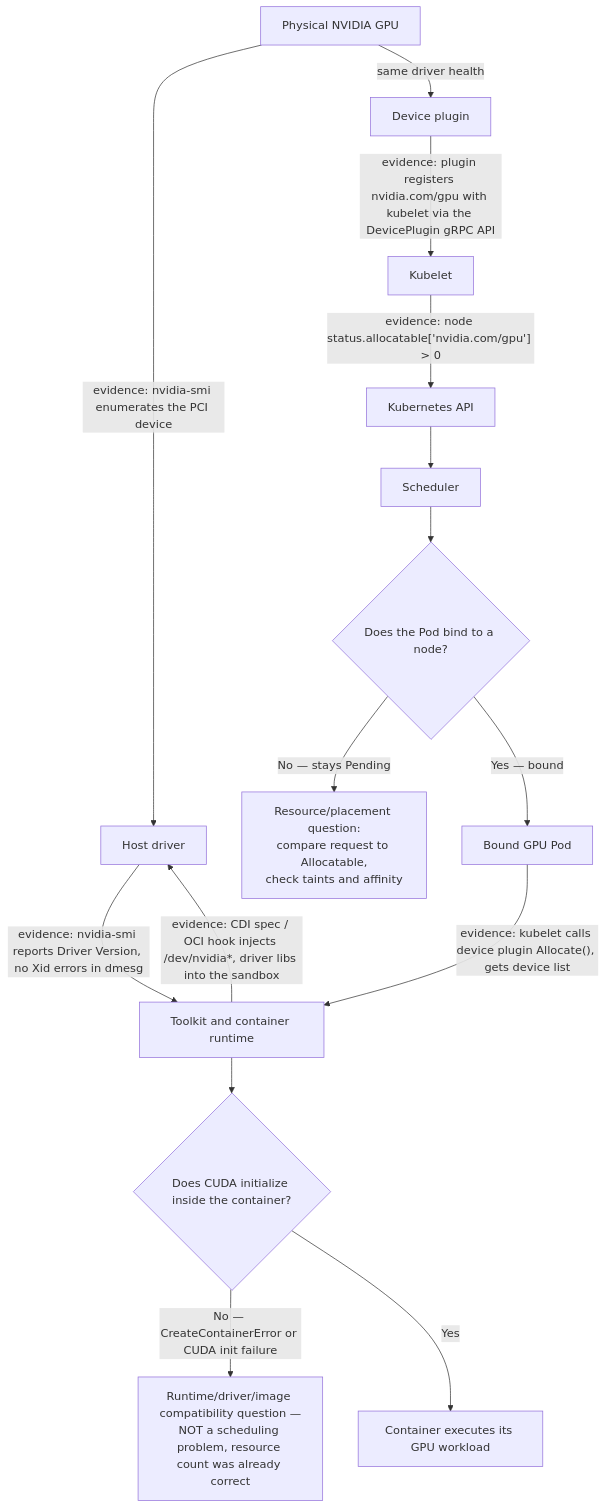
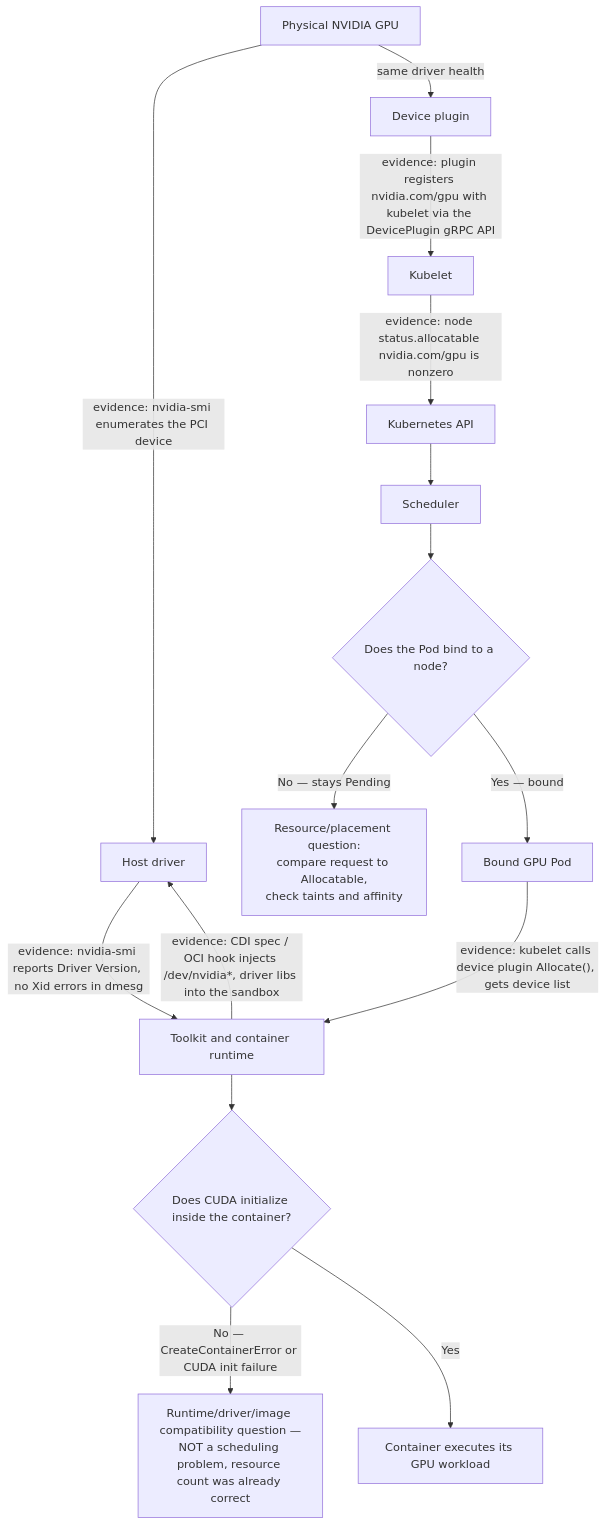
Before and after one commit to jithinpnjm/nvidia-devops: the first of 2 diagrams in docs/nvidia-zero-to-hero/volume-10/chapter-01-why-kubernetes-needs-a-gpu-platform-layer.md, drawn with Mermaid. The commit also changed 10 other files, not shown here.

````diff
--- a/docs/nvidia-zero-to-hero/volume-10/chapter-01-why-kubernetes-needs-a-gpu-platform-layer.md
+++ b/docs/nvidia-zero-to-hero/volume-10/chapter-01-why-kubernetes-needs-a-gpu-platform-layer.md
@@ -26,17 +26,17 @@
 ```mermaid
 flowchart TD
     GPU[Physical NVIDIA GPU] -->|"evidence: nvidia-smi enumerates the PCI device"| Driver[Host driver]
     Driver -->|"evidence: nvidia-smi reports Driver Version, no Xid errors in dmesg"| Runtime[Toolkit and container runtime]
     GPU -->|"same driver health"| DP[Device plugin]
     DP -->|"evidence: plugin registers nvidia.com/gpu with kubelet via the DevicePlugin gRPC API"| Kubelet[Kubelet]
-    Kubelet -->|"evidence: node status.allocatable['nvidia.com/gpu'] &gt; 0"| API[Kubernetes API]
+    Kubelet -->|"evidence: node status.allocatable nvidia.com/gpu is nonzero"| API[Kubernetes API]
     API --> Scheduler[Scheduler]
     Scheduler --> Bound{"Does the Pod bind to a node?"}
     Bound -->|"No — stays Pending"| Pending["Resource/placement question:\ncompare request to Allocatable,\ncheck taints and affinity"]
     Bound -->|"Yes — bound"| Pod[Bound GPU Pod]
     Pod -->|"evidence: kubelet calls device plugin Allocate(), gets device list"| Runtime
     Runtime -->|"evidence: CDI spec / OCI hook injects /dev/nvidia*, driver libs into the sandbox"| Driver
     Runtime --> CudaInit{"Does CUDA initialize inside the container?"}
     CudaInit -->|"No — CreateContainerError or CUDA init failure"| RuntimeFail["Runtime/driver/image compatibility question —\nNOT a scheduling problem, resource count was already correct"]
     CudaInit -->|"Yes"| Healthy[Container executes its GPU workload]
 ```
````
